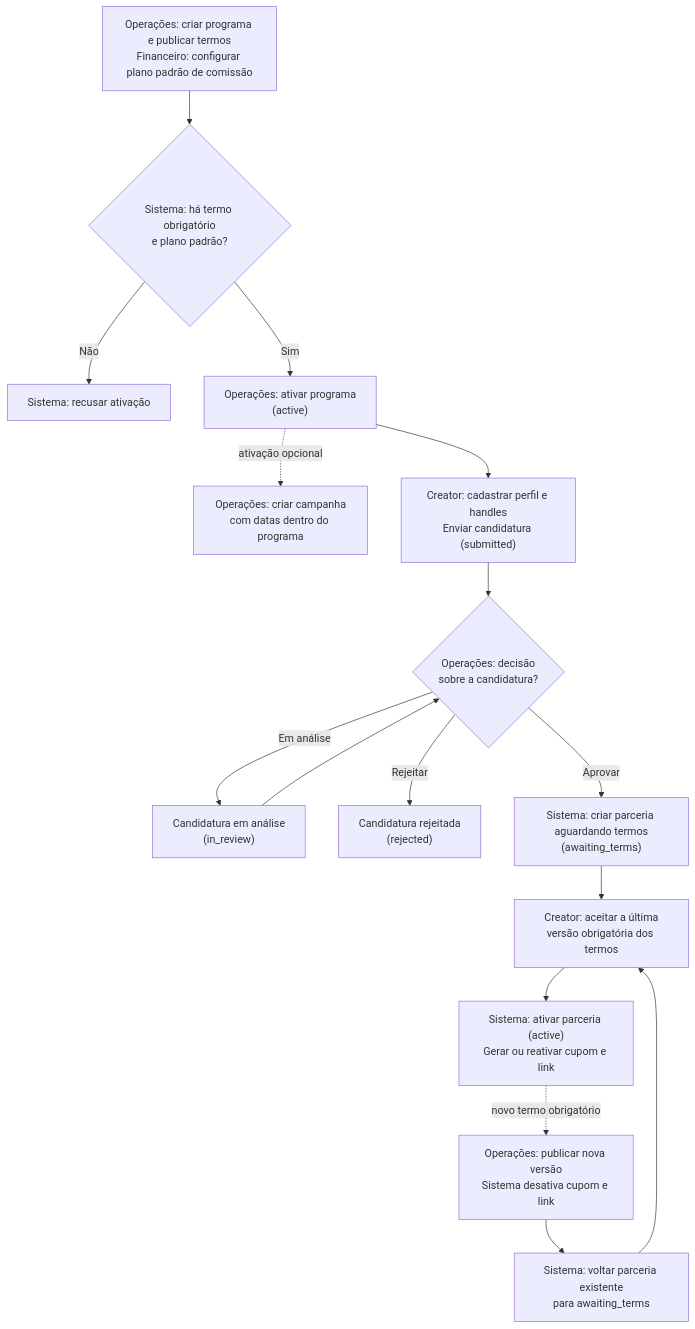
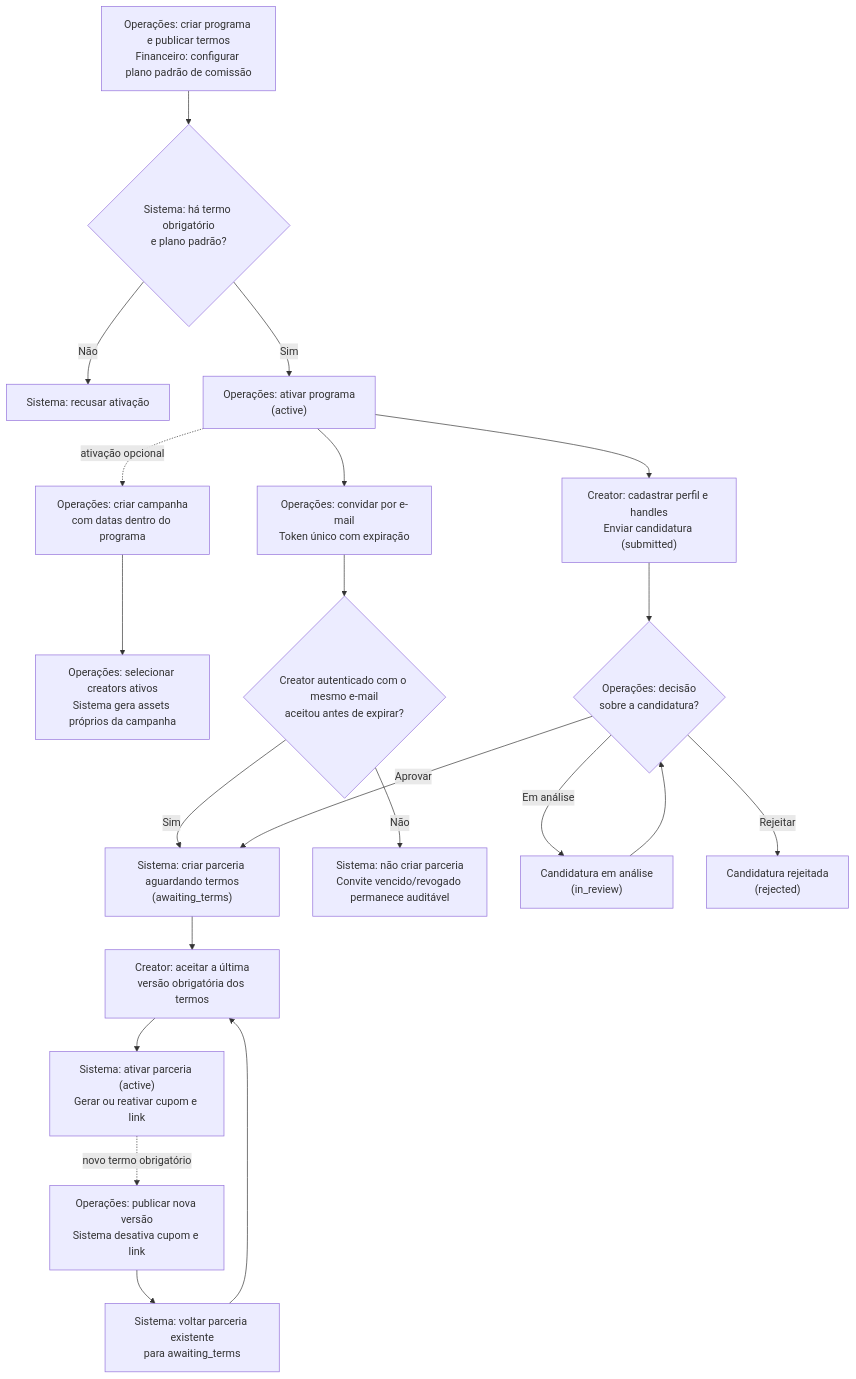
One commit to willdeschepper/CreatorOps-Agentic-Platform changed the first of 6 diagrams in docs/domain-rules.md. Above: the diagram before and after it, drawn with Mermaid. The commit also changed other lines of this file and 66 other files, not shown here.

````diff
--- a/docs/domain-rules.md
+++ b/docs/domain-rules.md
@@ -27,19 +27,24 @@
 ```mermaid
 flowchart TB
     Config["Operações: criar programa e publicar termos<br/>Financeiro: configurar plano padrão de comissão"]
     Config --> Pronto{"Sistema: há termo obrigatório<br/>e plano padrão?"}
     Pronto -->|Não| Bloqueio["Sistema: recusar ativação"]
     Pronto -->|Sim| Programa["Operações: ativar programa<br/>(active)"]
     Programa -. "ativação opcional" .-> Campanha["Operações: criar campanha<br/>com datas dentro do programa"]
+    Campanha --> Participantes["Operações: selecionar creators ativos<br/>Sistema gera assets próprios da campanha"]
     Programa --> Candidatura["Creator: cadastrar perfil e handles<br/>Enviar candidatura (submitted)"]
+    Programa --> Convite["Operações: convidar por e-mail<br/>Token único com expiração"]
+    Convite --> ConviteAceito{"Creator autenticado com o mesmo e-mail<br/>aceitou antes de expirar?"}
+    ConviteAceito -->|Sim| Aguardando
+    ConviteAceito -->|Não| SemParceria["Sistema: não criar parceria<br/>Convite vencido/revogado permanece auditável"]
     Candidatura --> Revisao{"Operações: decisão<br/>sobre a candidatura?"}
     Revisao -->|"Em análise"| Analise["Candidatura em análise<br/>(in_review)"]
     Analise --> Revisao
     Revisao -->|Rejeitar| Rejeitada["Candidatura rejeitada<br/>(rejected)"]
     Revisao -->|Aprovar| Aguardando["Sistema: criar parceria aguardando termos<br/>(awaiting_terms)"]
     Aguardando --> Aceite["Creator: aceitar a última<br/>versão obrigatória dos termos"]
     Aceite --> Ativa["Sistema: ativar parceria (active)<br/>Gerar ou reativar cupom e link"]
     Ativa -. "novo termo obrigatório" .-> NovoTermo["Operações: publicar nova versão<br/>Sistema desativa cupom e link"]
     NovoTermo --> Reaceite["Sistema: voltar parceria existente<br/>para awaiting_terms"]
     Reaceite --> Aceite
 ```
````
